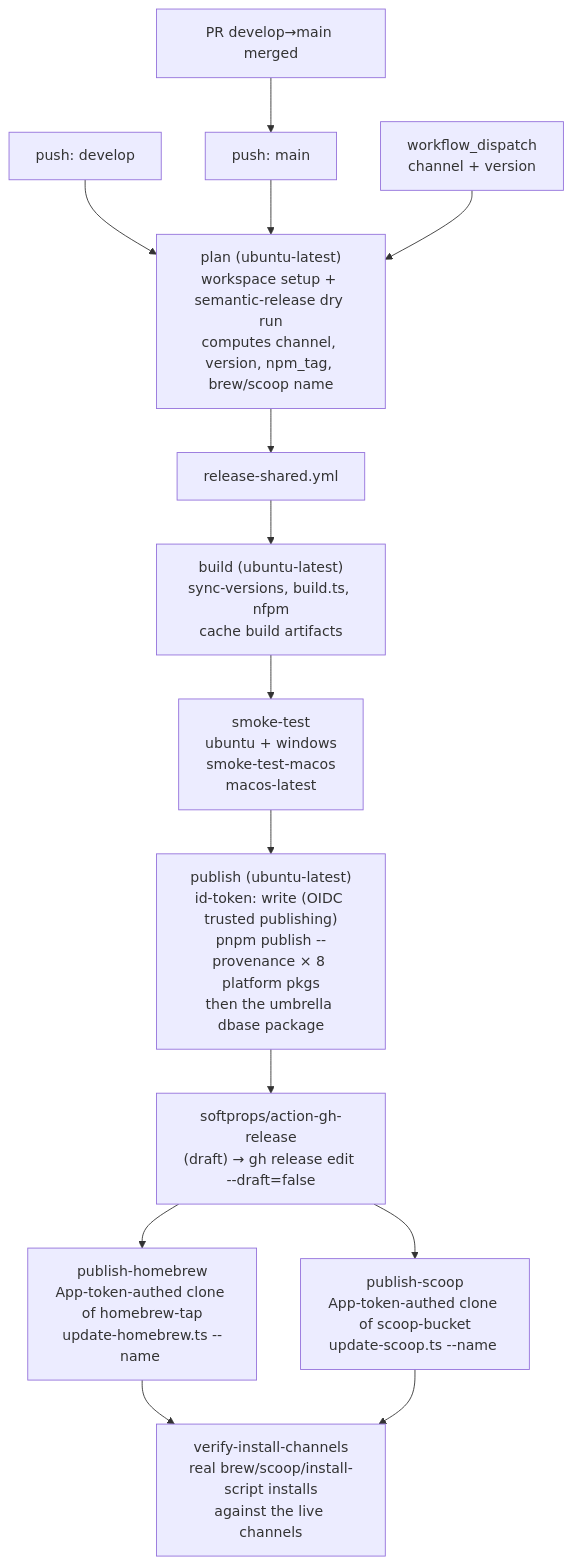
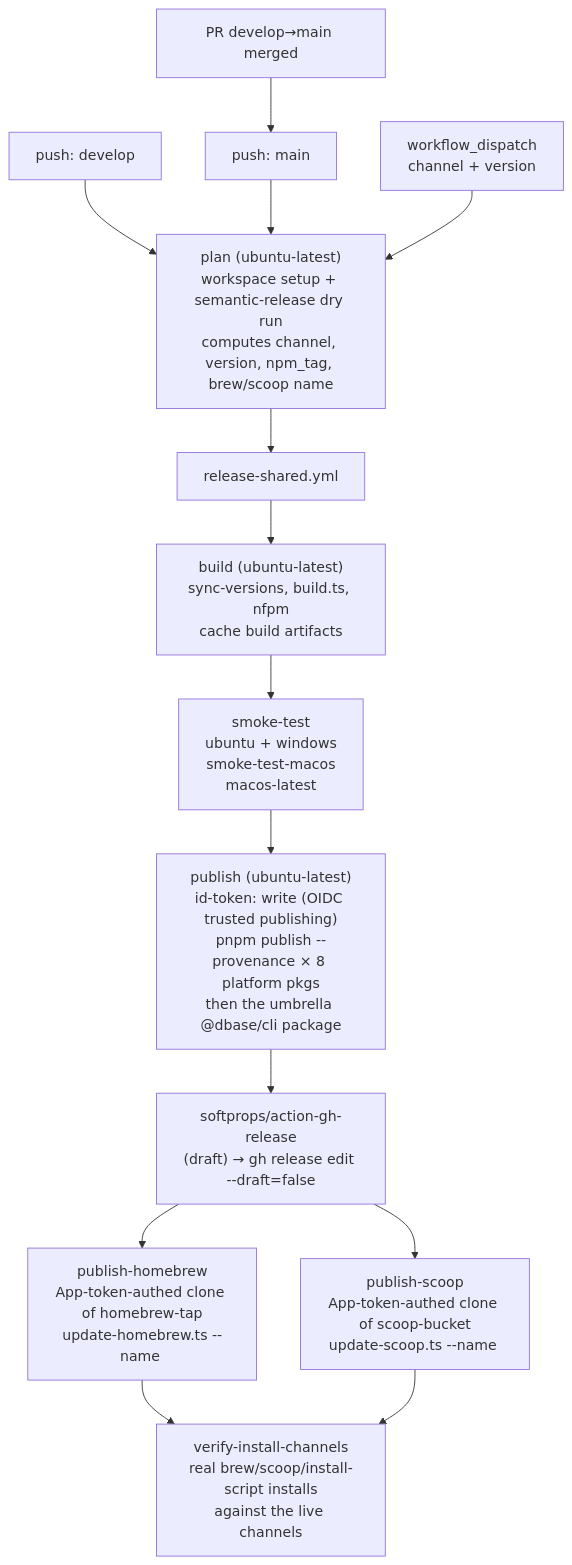
Before and after one commit to DBase-to/cli: the second of 2 diagrams in apps/cli/docs/release-process.md, drawn with Mermaid. The commit also changed other lines of this file and 4 other files, not shown here.

````diff
--- a/apps/cli/docs/release-process.md
+++ b/apps/cli/docs/release-process.md
@@ -294,20 +294,20 @@
 ```mermaid
 flowchart TD
     pushDev[push: develop] --> plan
     pushMain[push: main] --> plan
     pr[PR develop→main merged] --> pushMain
     dispatch[workflow_dispatch<br/>channel + version] --> plan
 
     plan["plan (ubuntu-latest)<br/>workspace setup + semantic-release dry run<br/>computes channel, version, npm_tag, brew/scoop name"]
     plan --> shared
 
     shared["release-shared.yml"]
     shared --> build["build (ubuntu-latest)<br/>sync-versions, build.ts, nfpm<br/>cache build artifacts"]
     build --> smoke["smoke-test<br/>ubuntu + windows<br/>smoke-test-macos<br/>macos-latest"]
-    smoke --> pub["publish (ubuntu-latest)<br/>id-token: write (OIDC trusted publishing)<br/>pnpm publish --provenance × 8 platform pkgs<br/>then the umbrella dbase package"]
+    smoke --> pub["publish (ubuntu-latest)<br/>id-token: write (OIDC trusted publishing)<br/>pnpm publish --provenance × 8 platform pkgs<br/>then the umbrella @dbase/cli package"]
     pub --> rel["softprops/action-gh-release<br/>(draft) → gh release edit --draft=false"]
     rel --> hb["publish-homebrew<br/>App-token-authed clone of homebrew-tap<br/>update-homebrew.ts --name <brew_name>"]
     rel --> sc["publish-scoop<br/>App-token-authed clone of scoop-bucket<br/>update-scoop.ts --name <scoop_name>"]
     hb --> vic["verify-install-channels<br/>real brew/scoop/install-script installs<br/>against the live channels"]
     sc --> vic
 ```
````
